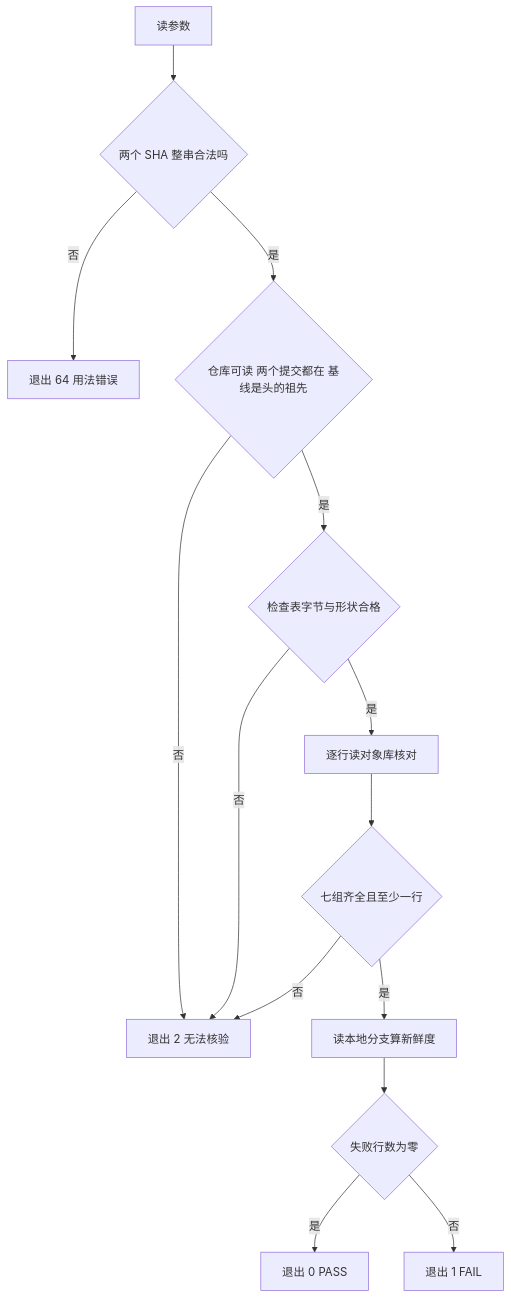
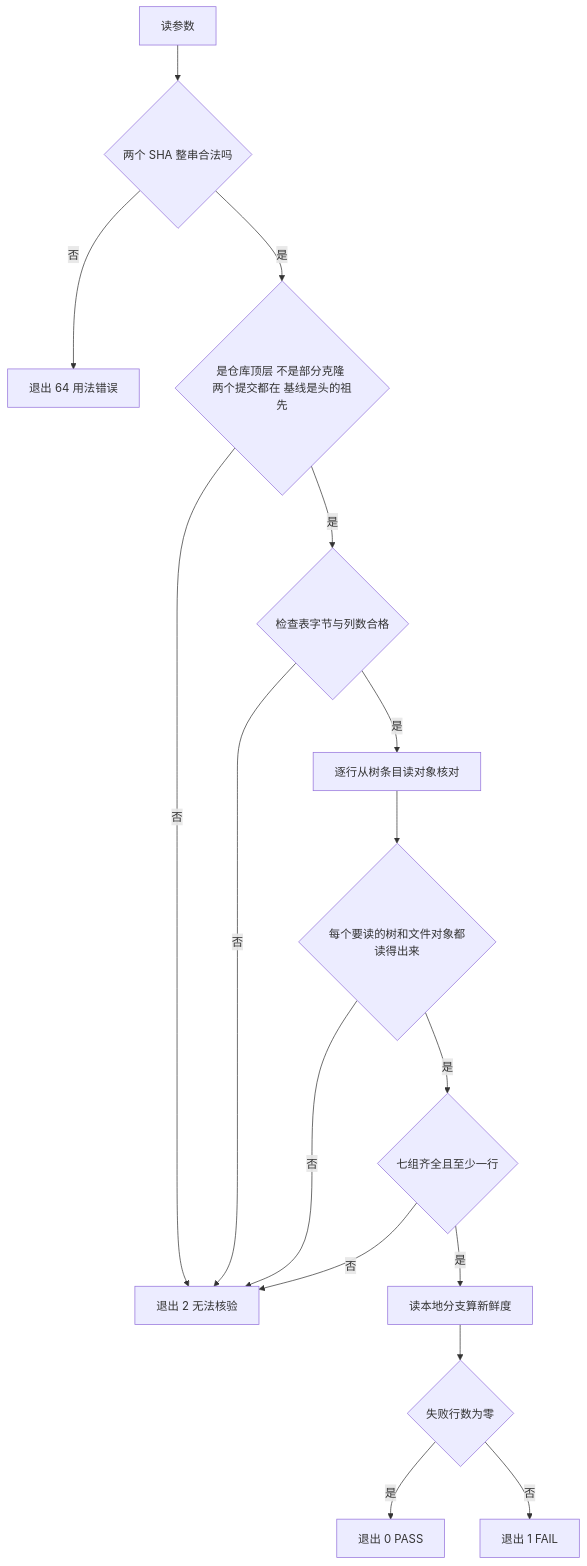
Before and after one commit to xrliAnnie/flywheel-qa-sandbox: the second of 2 diagrams in engineering/doc/FLY-2928-founder-card-lifecycle/plan.md, drawn with Mermaid. The commit also changed other lines of this file and 7 other files, not shown here.

````diff
--- a/engineering/doc/FLY-2928-founder-card-lifecycle/plan.md
+++ b/engineering/doc/FLY-2928-founder-card-lifecycle/plan.md
@@ -123,16 +131,18 @@
 ```mermaid
 flowchart TD
   S[读参数] --> A{两个 SHA 整串合法吗}
   A -- 否 --> X64[退出 64 用法错误]
-  A -- 是 --> B{仓库可读 两个提交都在 基线是头的祖先}
+  A -- 是 --> B{是仓库顶层 不是部分克隆 两个提交都在 基线是头的祖先}
   B -- 否 --> X2[退出 2 无法核验]
-  B -- 是 --> C{检查表字节与形状合格}
+  B -- 是 --> C{检查表字节与列数合格}
   C -- 否 --> X2
-  C -- 是 --> D[逐行读对象库核对]
-  D --> E{七组齐全且至少一行}
+  C -- 是 --> D[逐行从树条目读对象核对]
+  D --> R{每个要读的树和文件对象都读得出来}
+  R -- 否 --> X2
+  R -- 是 --> E{七组齐全且至少一行}
   E -- 否 --> X2
   E -- 是 --> F[读本地分支算新鲜度]
   F --> G{失败行数为零}
   G -- 是 --> P[退出 0 PASS]
   G -- 否 --> N[退出 1 FAIL]
 ```
````
